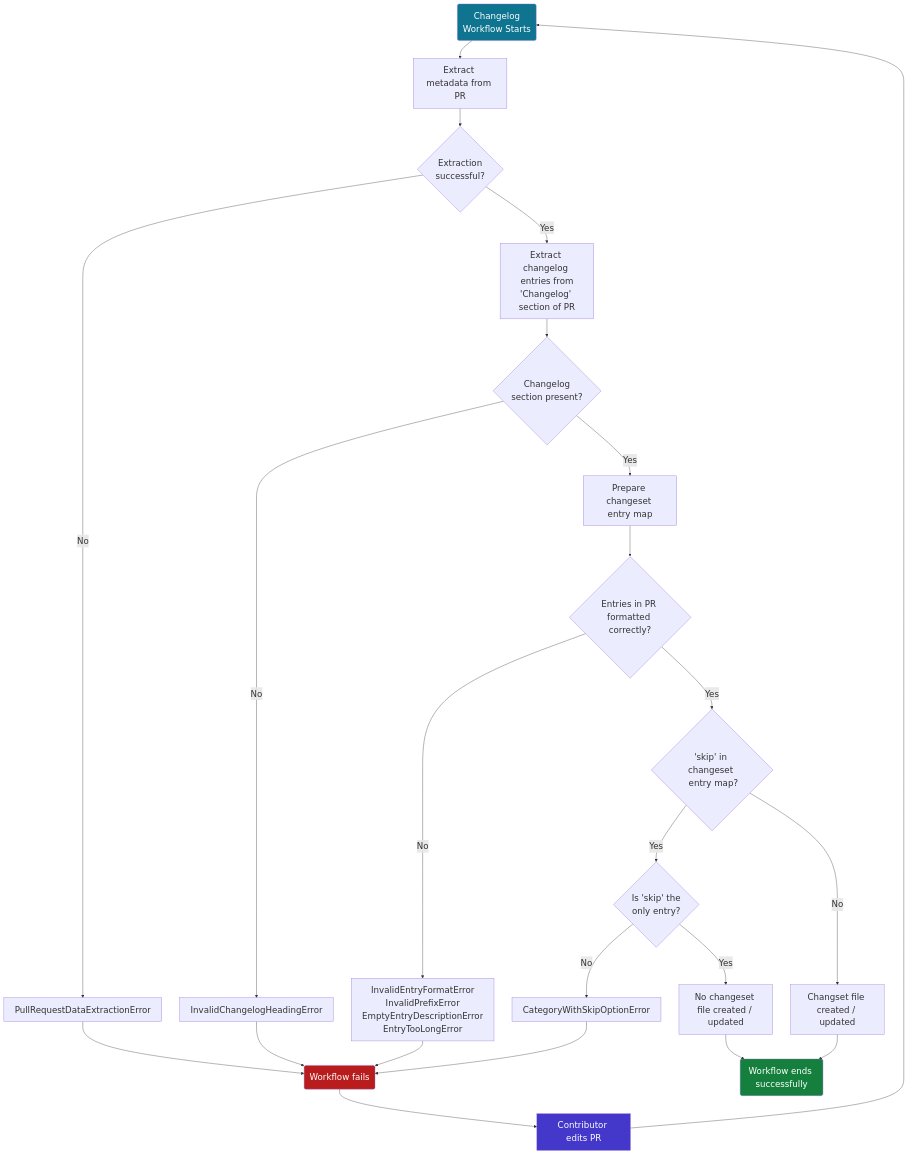
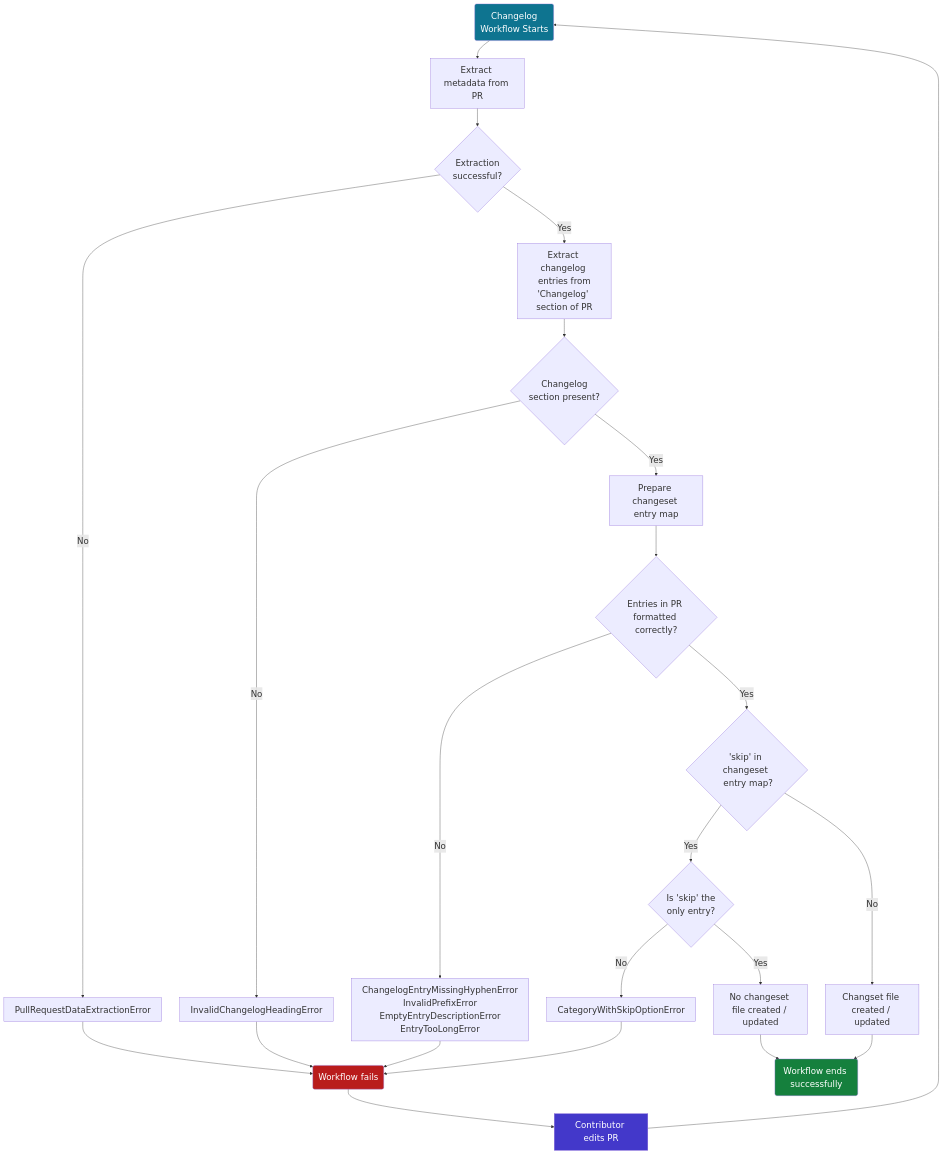
Before and after one commit to ashwin-pc/OpenSearch_Changelog_Workflow: the diagram in README.md, drawn with Mermaid.

Commit message:
Update flow chart with ChangelogEntryMissingHyphenError

````diff
--- a/README.md
+++ b/README.md
@@ -121,32 +121,32 @@
 ```mermaid
 %%{init: {'themeVariables': { 'fontSize': '24px' }}}%%
   flowchart TD;
     A(Changelog \nWorkflow Starts) --> B[Extract metadata from PR]
     B --> C{Extraction \nsuccessful?}
     C --> |Yes| G[Extract changelog entries from\n'Changelog' section of PR]
     C --> |No| D[PullRequestDataExtractionError]
     D --> E(Workflow fails)
     E --> F[Contributor edits PR]
     F --> A
     G --> H{Changelog \nsection present?}
     H --> |Yes| J[Prepare changeset entry map]
     J --> J1{Entries in PR \nformatted correctly?}
     H --> |No| I[InvalidChangelogHeadingError]
     I --> E
     J1 --> |Yes| K{'skip' in changeset \n entry map?}
-    J1 --> |No| L[InvalidEntryFormatError\nInvalidPrefixError\nEmptyEntryDescriptionError\nEntryTooLongError]
+    J1 --> |No| L[ChangelogEntryMissingHyphenError\nInvalidPrefixError\nEmptyEntryDescriptionError\nEntryTooLongError]
     L --> E
     K --> |Yes| M{Is 'skip' the \nonly entry?}
     K --> |No| N[Changset file created / updated]
     M --> |Yes| O[No changeset file created / updated]
     M --> |No| Q[CategoryWithSkipOptionError]
     Q --> E
     O --> P
     N --> P(Workflow ends successfully)
 
     style A fill:#0e7490,color:white
     style E fill:#b91c1c,color:white
     style F fill:#4338ca,color:white
     style P fill:#15803d,color:white
 
 ```
````
